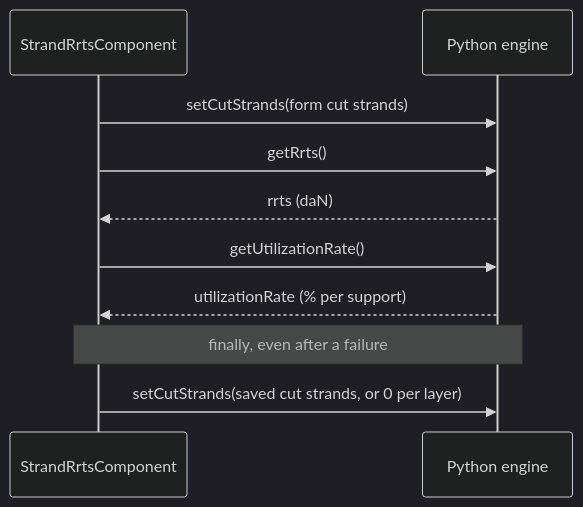
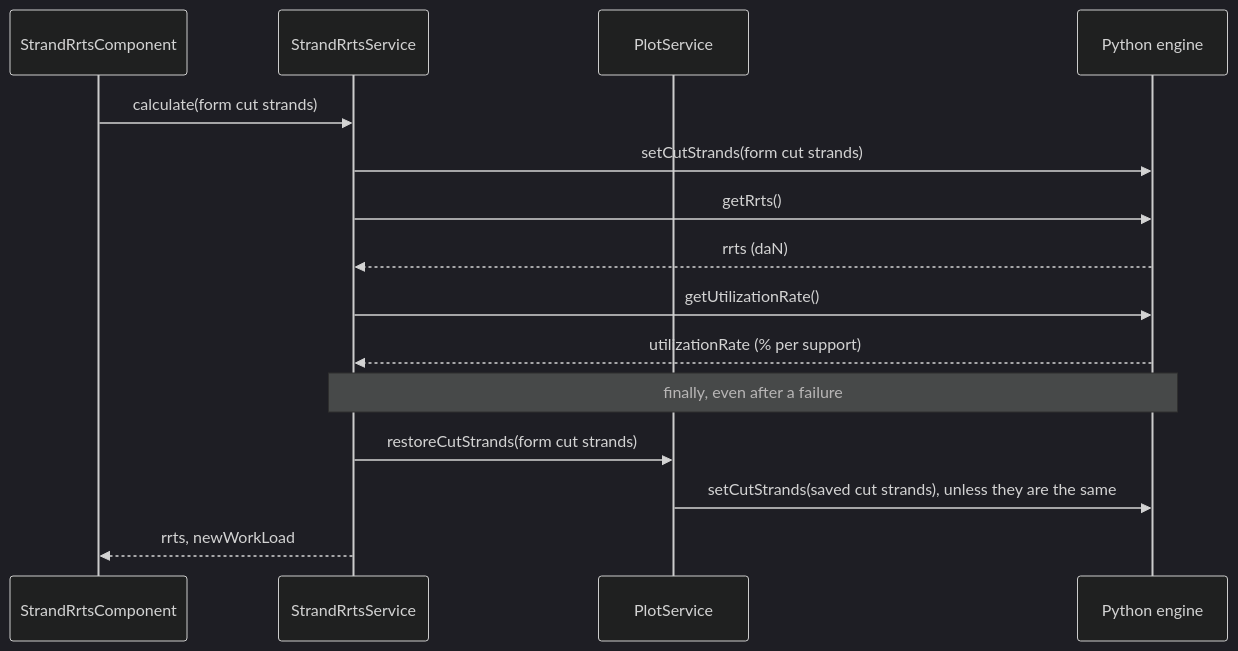
The diagram in docs-sphinx/source/en/user_docs/developer_guide/app/cut_strands.md (phlowers/phlowers-stellar-app), drawn with Mermaid (dark theme) before and after one commit. The commit also changed other lines of this file and 52 other files, not shown here.

````diff
--- a/docs-sphinx/source/en/user_docs/developer_guide/app/cut_strands.md
+++ b/docs-sphinx/source/en/user_docs/developer_guide/app/cut_strands.md
@@ -195,12 +223,17 @@
 ```mermaid
 sequenceDiagram
     participant D as StrandRrtsComponent
+    participant S as StrandRrtsService
+    participant P as PlotService
     participant E as Python engine
-    D->>E: setCutStrands(form cut strands)
-    D->>E: getRrts()
-    E-->>D: rrts (daN)
-    D->>E: getUtilizationRate()
-    E-->>D: utilizationRate (% per support)
-    Note over D,E: finally, even after a failure
-    D->>E: setCutStrands(saved cut strands, or 0 per layer)
+    D->>S: calculate(form cut strands)
+    S->>E: setCutStrands(form cut strands)
+    S->>E: getRrts()
+    E-->>S: rrts (daN)
+    S->>E: getUtilizationRate()
+    E-->>S: utilizationRate (% per support)
+    Note over S,E: finally, even after a failure
+    S->>P: restoreCutStrands(form cut strands)
+    P->>E: setCutStrands(saved cut strands), unless they are the same
+    S-->>D: rrts, newWorkLoad
 ```
````
